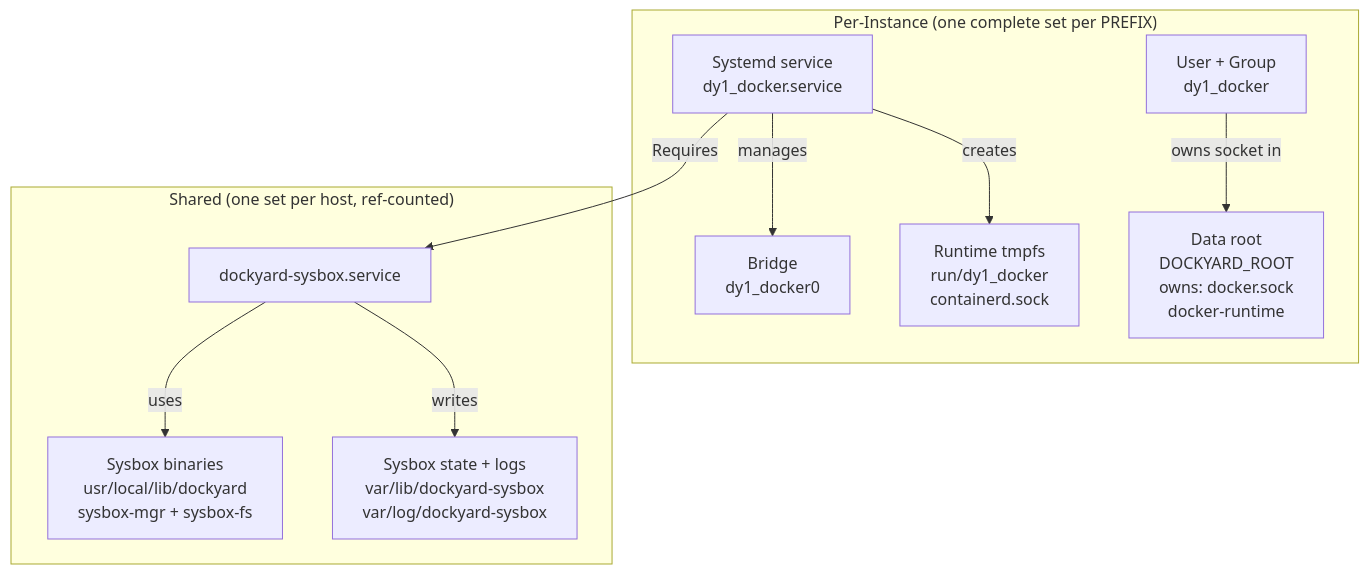
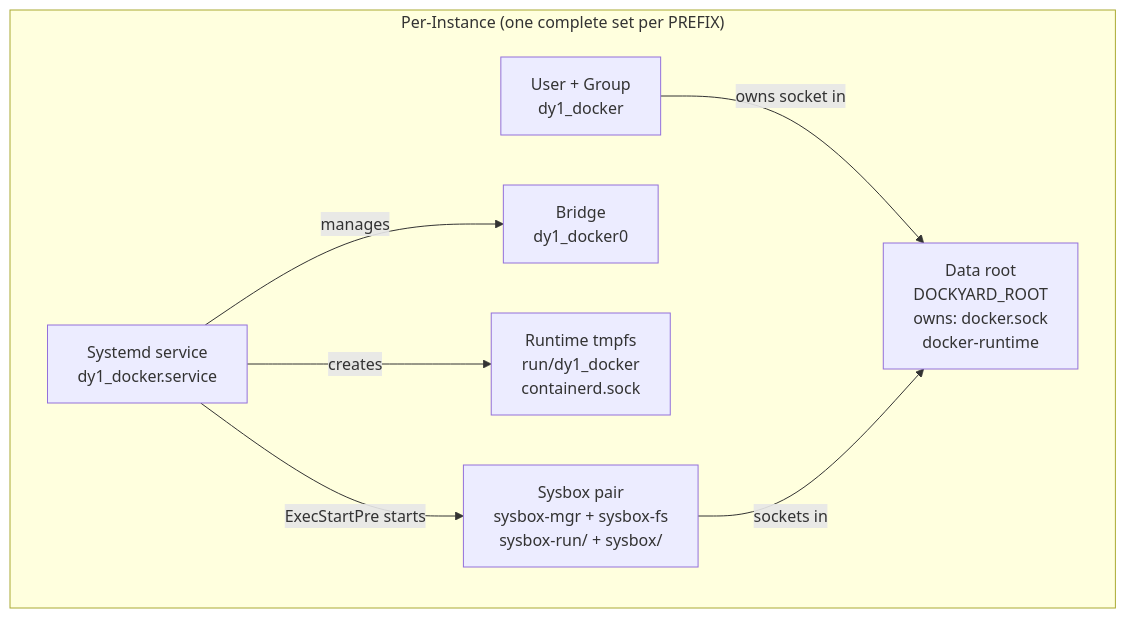
One commit to shaghafbrand/dockyard changed the fifth of 6 diagrams in ARCHITECTURE.md. Above: the diagram before and after it, drawn with Mermaid. The commit also changed other lines of this file and 5 other files, not shown here.

First line of the commit message:
docs: update all docs for per-instance sysbox using thieso2/sysbox fork

````diff
--- a/ARCHITECTURE.md
+++ b/ARCHITECTURE.md
@@ -385,35 +397,27 @@
 ```mermaid
 graph TB
     subgraph "Per-Instance  (one complete set per PREFIX)"
         SVC["Systemd service
 dy1_docker.service"]
         BR["Bridge
 dy1_docker0"]
         UG["User + Group
 dy1_docker"]
         DR["Data root
 DOCKYARD_ROOT
 owns: docker.sock
 docker-runtime"]
         RT["Runtime tmpfs
 run/dy1_docker
 containerd.sock"]
+        SBX["Sysbox pair
+sysbox-mgr + sysbox-fs
+sysbox-run/ + sysbox/"]
     end
 
-    subgraph "Shared  (one set per host, ref-counted)"
-        SS["dockyard-sysbox.service"]
-        SB["Sysbox binaries
-usr/local/lib/dockyard
-sysbox-mgr + sysbox-fs"]
-        SD["Sysbox state + logs
-var/lib/dockyard-sysbox
-var/log/dockyard-sysbox"]
-    end
-
-    SVC -->|"Requires"| SS
+    SVC -->|"ExecStartPre starts"| SBX
     SVC -->|"manages"| BR
     SVC -->|"creates"| RT
     UG -->|"owns socket in"| DR
-    SS -->|"uses"| SB
-    SS -->|"writes"| SD
+    SBX -->|"sockets in"| DR
 ```
````
